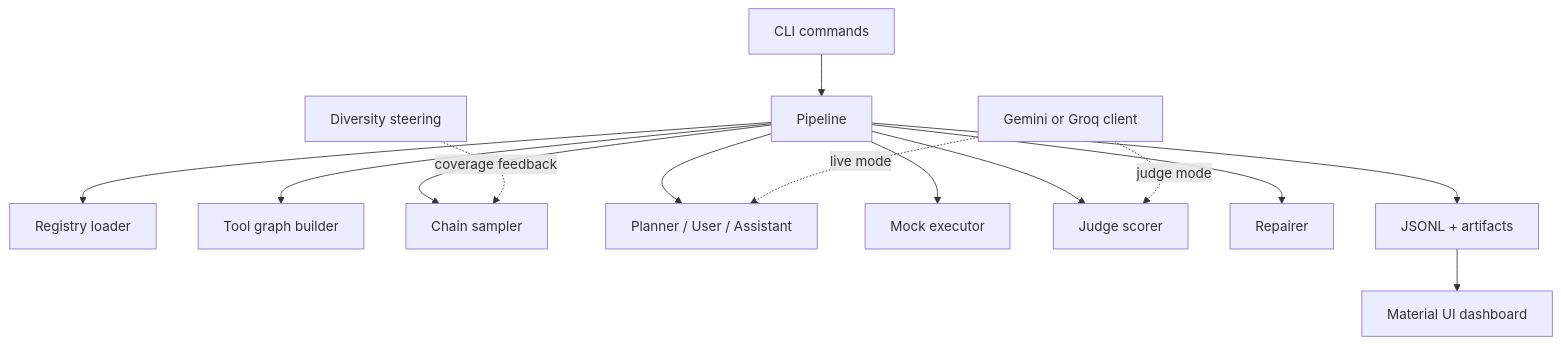
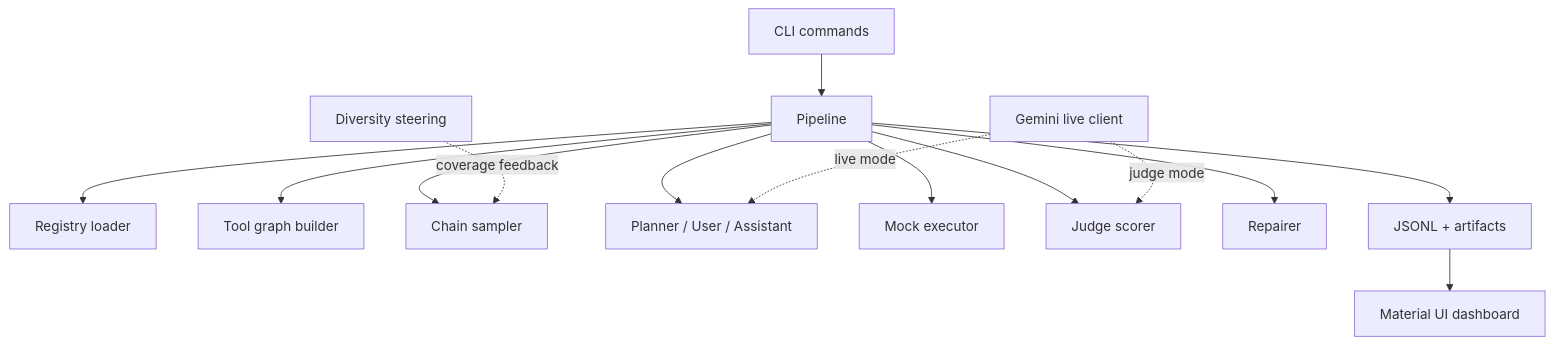
The second of 5 diagrams in README.md (manastokale/sap_multiagent_tool), drawn with Mermaid before and after one commit. The commit also changed other lines of this file and 20 other files, not shown here.

````diff
--- a/README.md
+++ b/README.md
@@ -57,17 +57,17 @@
 ```mermaid
 flowchart TB
     CLI["CLI commands"] --> Pipeline["Pipeline"]
     Pipeline --> Registry["Registry loader"]
     Pipeline --> Graph["Tool graph builder"]
     Pipeline --> Sampler["Chain sampler"]
     Pipeline --> Agents["Planner / User / Assistant"]
     Pipeline --> Executor["Mock executor"]
     Pipeline --> Judge["Judge scorer"]
     Pipeline --> Repair["Repairer"]
     Pipeline --> Artifacts["JSONL + artifacts"]
     Artifacts --> Dashboard["Material UI dashboard"]
 
-    LLM["Gemini or Groq client"] -. "live mode" .-> Agents
+    LLM["Gemini live client"] -. "live mode" .-> Agents
     LLM -. "judge mode" .-> Judge
     Memory["Diversity steering"] -. "coverage feedback" .-> Sampler
 ```
````
